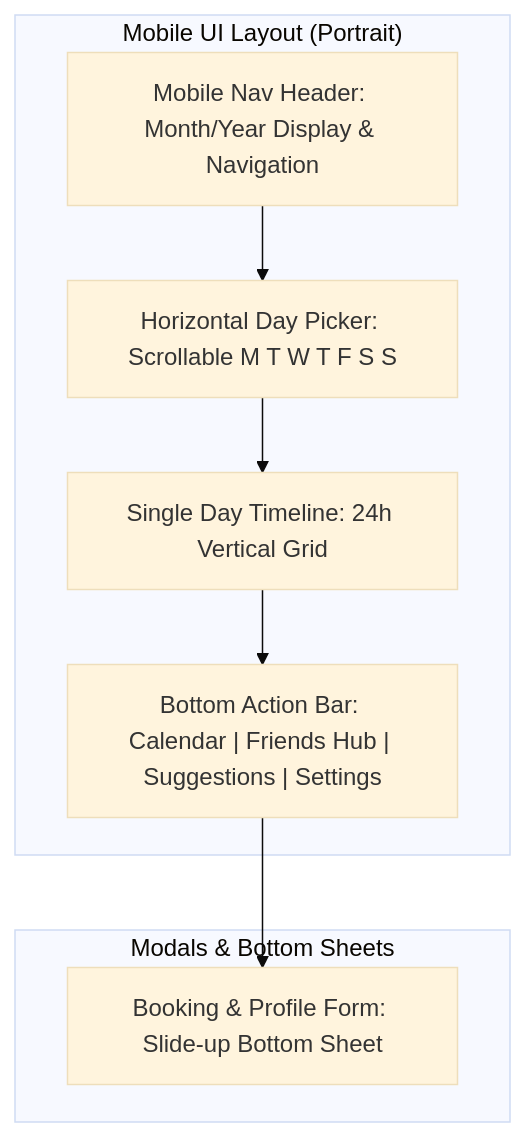
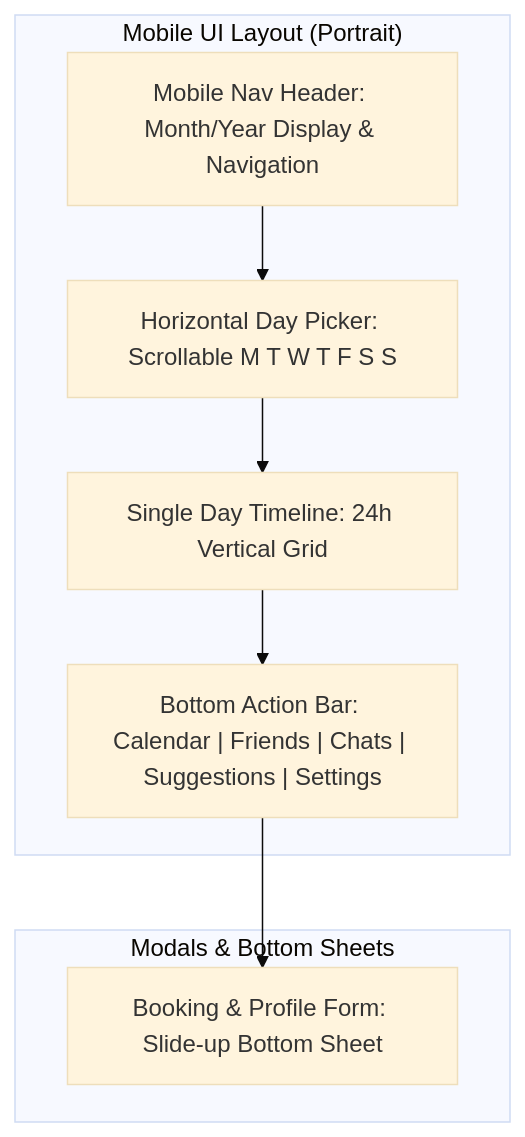
One commit to Arc-y7b/arctime changed the first of 2 diagrams in docs/mobile_view_prd.md. Above: the diagram before and after it, drawn with Mermaid (base theme). The commit also changed other lines of this file and 7 other files, not shown here.

````diff
--- a/docs/mobile_view_prd.md
+++ b/docs/mobile_view_prd.md
@@ -12,18 +12,18 @@
 ```mermaid
 graph TD
     subgraph "Mobile UI Layout (Portrait)"
         NavHeader[Mobile Nav Header: Month/Year Display & Navigation]
         DayPickerBar[Horizontal Day Picker: Scrollable M T W T F S S]
         ActiveTimeline[Single Day Timeline: 24h Vertical Grid]
-        BottomNavBar["Bottom Action Bar: Calendar | Friends Hub | Suggestions | Settings"]
+        BottomNavBar["Bottom Action Bar: Calendar | Friends | Chats | Suggestions | Settings"]
     end
     
     subgraph "Modals & Bottom Sheets"
         BottomSheet[Booking & Profile Form: Slide-up Bottom Sheet]
     end
 
     NavHeader --> DayPickerBar
     DayPickerBar --> ActiveTimeline
     ActiveTimeline --> BottomNavBar
     BottomNavBar --> BottomSheet
 ```
````
